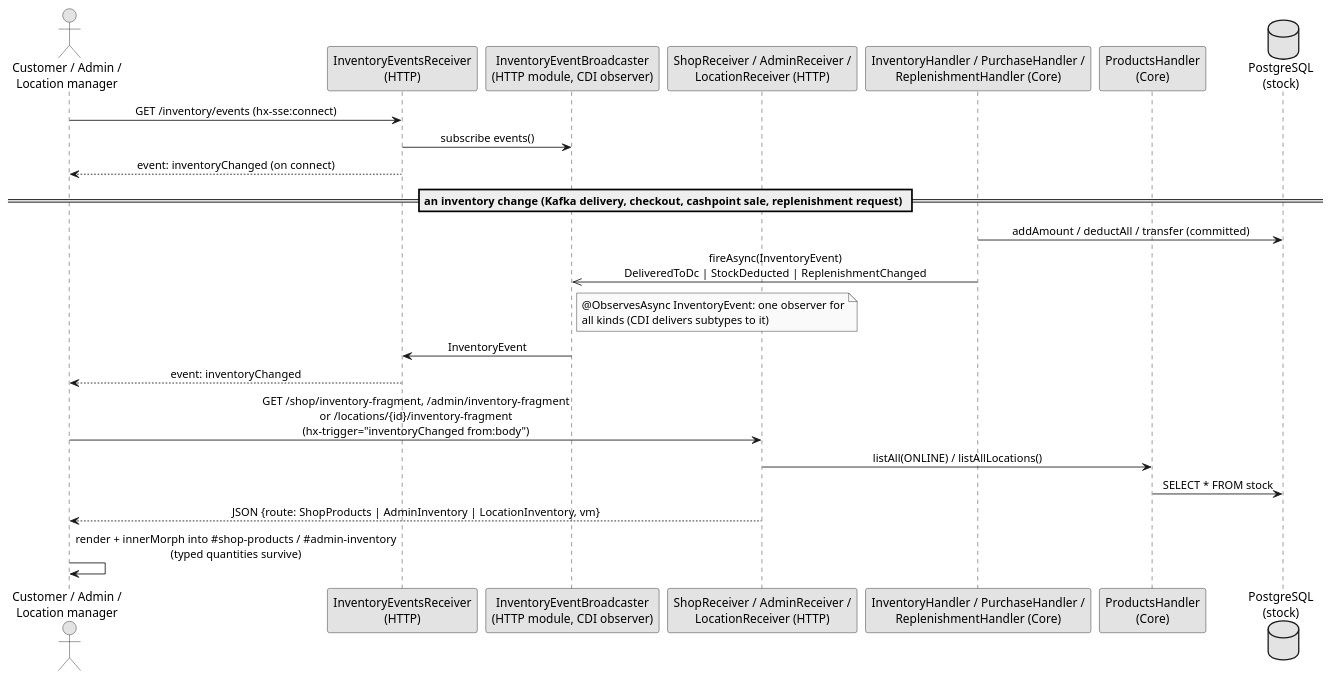
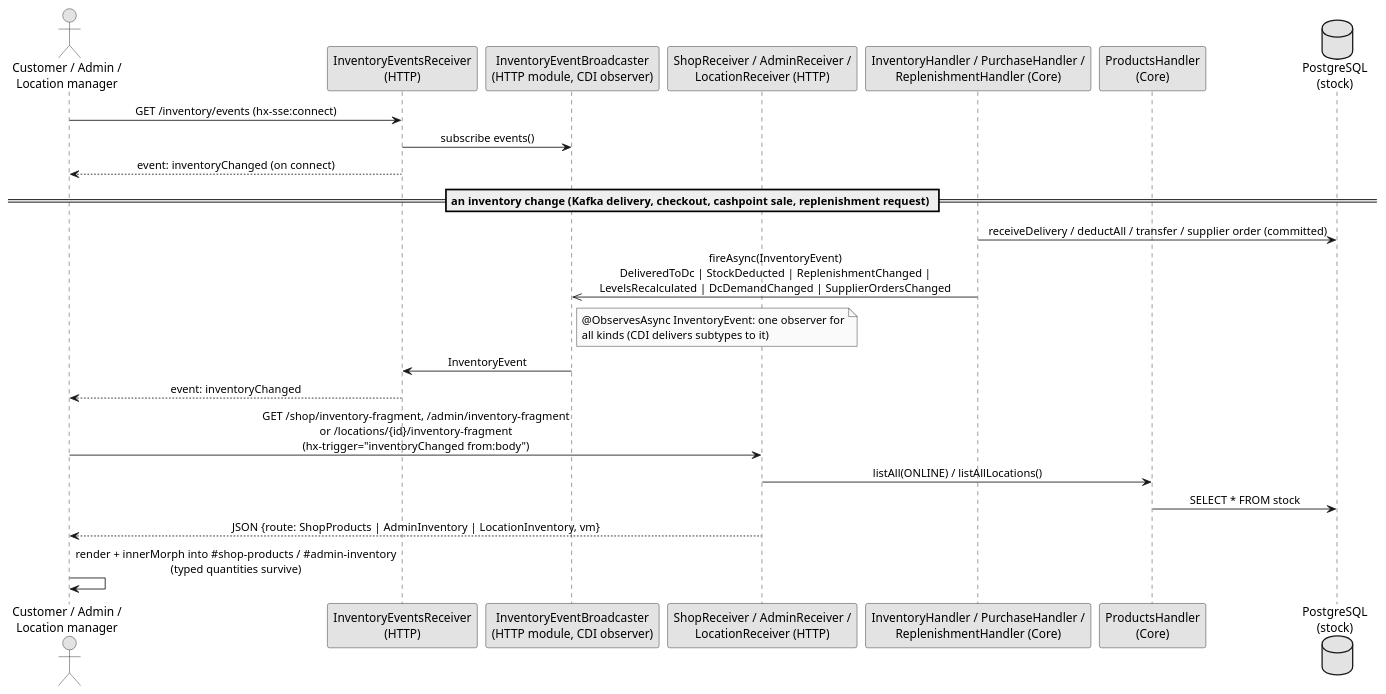
Before and after one commit to svene/2026-07-26_quarkus-hexagon-demo-mm-per-tech: the diagram in docs/architecture/flows/inventory-events.puml, drawn with PlantUML. The commit also changed 59 other files, not shown here.

```diff
--- a/docs/architecture/flows/inventory-events.puml
+++ b/docs/architecture/flows/inventory-events.puml
@@ -1,34 +1,34 @@
 @startuml inventory_events
 skinparam monochrome true
 skinparam sequenceMessageAlign center
 skinparam backgroundColor #ffffff
 
 actor "Customer / Admin /\nLocation manager" as user
 participant "InventoryEventsReceiver\n(HTTP)" as receiver
 participant "InventoryEventBroadcaster\n(HTTP module, CDI observer)" as broadcaster
 participant "ShopReceiver / AdminReceiver /\nLocationReceiver (HTTP)" as page
 participant "InventoryHandler / PurchaseHandler /\nReplenishmentHandler (Core)" as handler
 participant "ProductsHandler\n(Core)" as products
 database "PostgreSQL\n(stock)" as db
 
 user -> receiver: GET /inventory/events (hx-sse:connect)
 receiver -> broadcaster: subscribe events()
 receiver --> user: event: inventoryChanged (on connect)
 
 == an inventory change (Kafka delivery, checkout, cashpoint sale, replenishment request) ==
-handler -> db: addAmount / deductAll / transfer (committed)
-handler ->> broadcaster: fireAsync(InventoryEvent)\nDeliveredToDc | StockDeducted | ReplenishmentChanged
+handler -> db: receiveDelivery / deductAll / transfer / supplier order (committed)
+handler ->> broadcaster: fireAsync(InventoryEvent)\nDeliveredToDc | StockDeducted | ReplenishmentChanged |\nLevelsRecalculated | DcDemandChanged | SupplierOrdersChanged
 note right of broadcaster
   @ObservesAsync InventoryEvent: one observer for
   all kinds (CDI delivers subtypes to it)
 end note
 broadcaster -> receiver: InventoryEvent
 receiver --> user: event: inventoryChanged
 
 user -> page: GET /shop/inventory-fragment, /admin/inventory-fragment\nor /locations/{id}/inventory-fragment\n(hx-trigger="inventoryChanged from:body")
 page -> products: listAll(ONLINE) / listAllLocations()
 products -> db: SELECT * FROM stock
 page --> user: JSON {route: ShopProducts | AdminInventory | LocationInventory, vm}
 user -> user: render + innerMorph into #shop-products / #admin-inventory\n(typed quantities survive)
 
 @enduml
```
